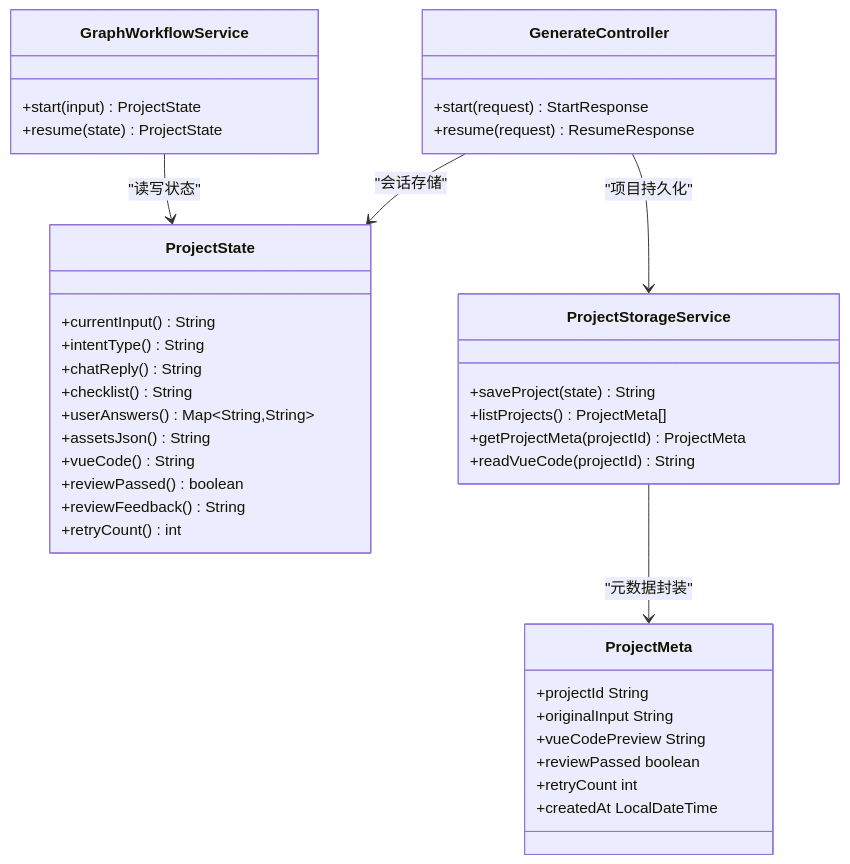
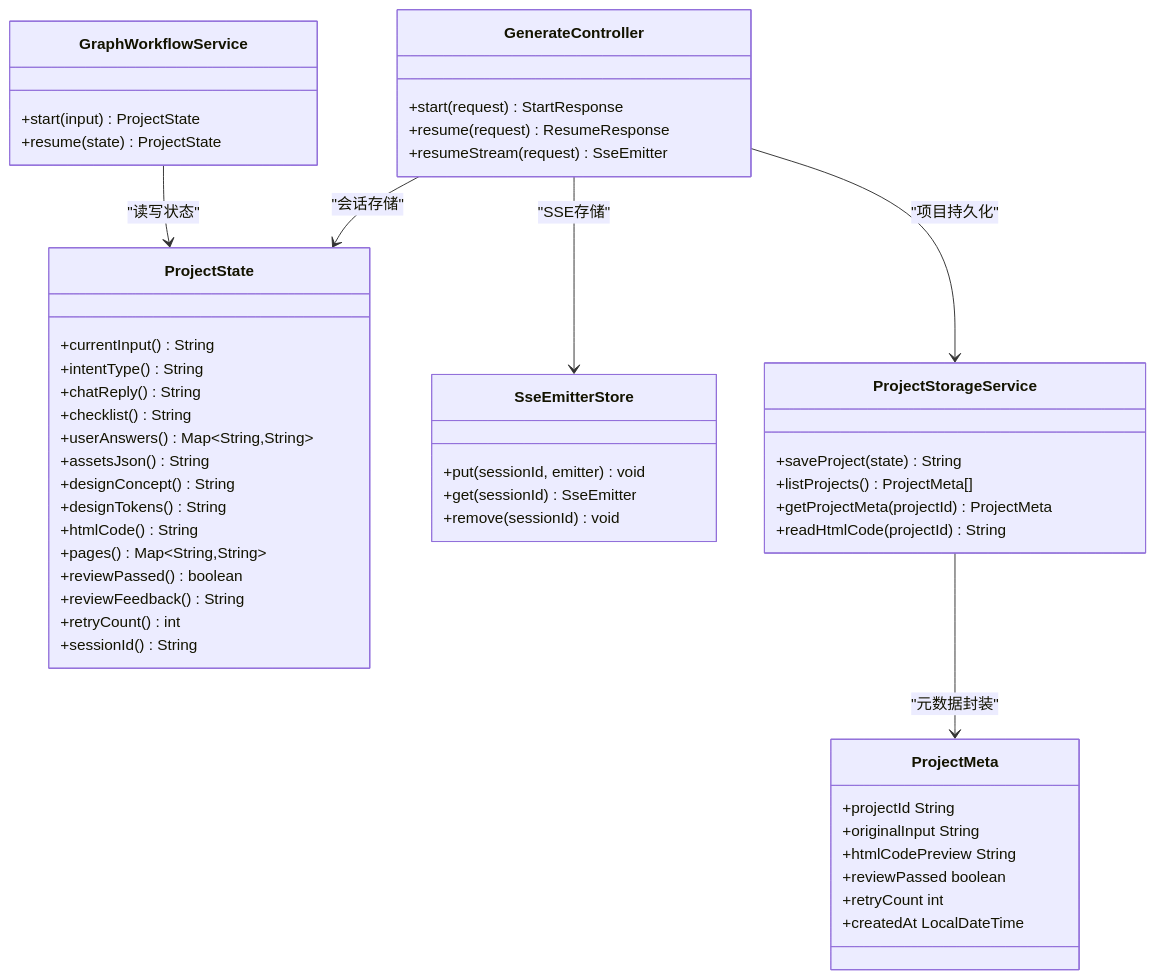
Before and after one commit to CyanYuKi/WebSiteFrontendCodeMother: the third of 6 diagrams in .qoder/repowiki/zh/content/AI工作流系统/AI工作流系统.md, drawn with Mermaid. The commit also changed other lines of this file and 12 other files, not shown here.

````diff
--- a/.qoder/repowiki/zh/content/AI工作流系统/AI工作流系统.md
+++ b/.qoder/repowiki/zh/content/AI工作流系统/AI工作流系统.md
@@ -229,41 +245,52 @@
 ```mermaid
 classDiagram
 class ProjectState {
 +currentInput() String
 +intentType() String
 +chatReply() String
 +checklist() String
 +userAnswers() Map~String,String~
 +assetsJson() String
-+vueCode() String
++designConcept() String
++designTokens() String
++htmlCode() String
++pages() Map~String,String~
 +reviewPassed() boolean
 +reviewFeedback() String
 +retryCount() int
++sessionId() String
 }
 class GraphWorkflowService {
 +start(input) ProjectState
 +resume(state) ProjectState
 }
 class GenerateController {
 +start(request) StartResponse
 +resume(request) ResumeResponse
++resumeStream(request) SseEmitter
+}
+class SseEmitterStore {
++put(sessionId, emitter) void
++get(sessionId) SseEmitter
++remove(sessionId) void
 }
 class ProjectStorageService {
 +saveProject(state) String
 +listProjects() ProjectMeta[]
 +getProjectMeta(projectId) ProjectMeta
-+readVueCode(projectId) String
++readHtmlCode(projectId) String
 }
 class ProjectMeta {
 +projectId String
 +originalInput String
-+vueCodePreview String
++htmlCodePreview String
 +reviewPassed boolean
 +retryCount int
 +createdAt LocalDateTime
 }
 GraphWorkflowService --> ProjectState : "读写状态"
 GenerateController --> ProjectState : "会话存储"
+GenerateController --> SseEmitterStore : "SSE存储"
 GenerateController --> ProjectStorageService : "项目持久化"
 ProjectStorageService --> ProjectMeta : "元数据封装"
 ```
````
